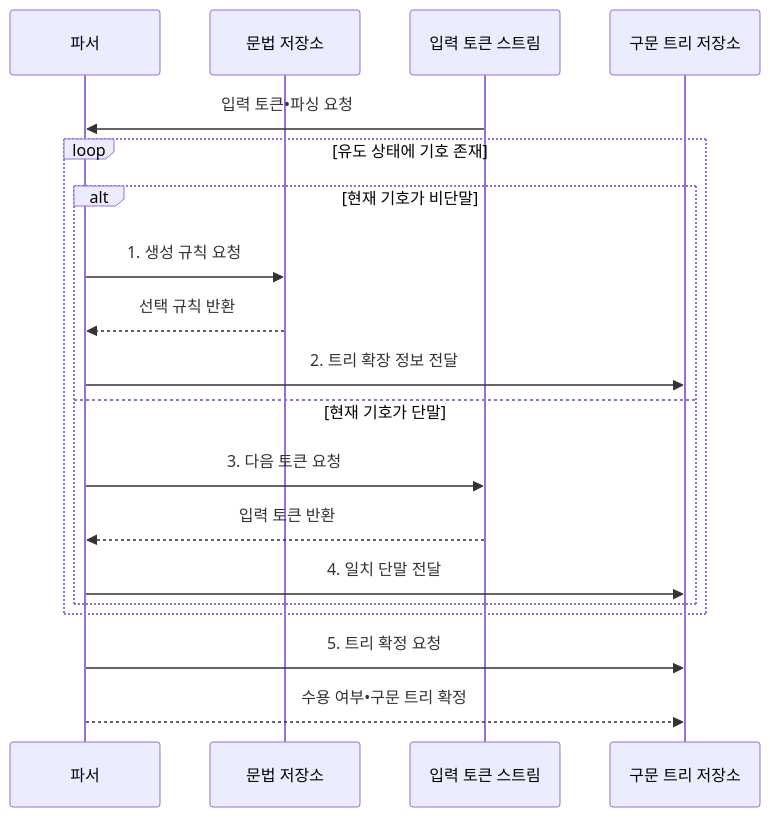
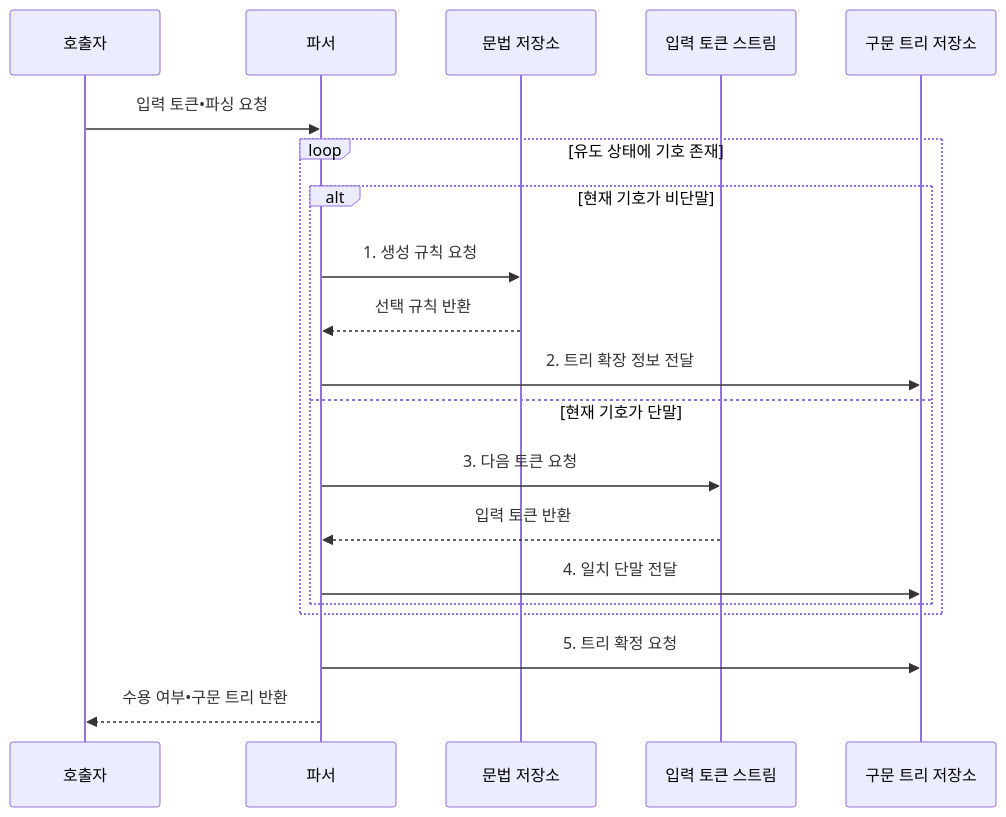
Before and after one commit to agnusdei1207/knowledge-base: the second of 2 diagrams in src/content/docs/notes/01-basic-theory/021_context_free_grammar.md, drawn with Mermaid. The commit also changed other lines of this file and 12 other files, not shown here.

````diff
--- a/src/content/docs/notes/01-basic-theory/021_context_free_grammar.md
+++ b/src/content/docs/notes/01-basic-theory/021_context_free_grammar.md
@@ -101,21 +101,22 @@
 ```mermaid
 sequenceDiagram
+    participant Q as 호출자
     participant P as 파서
     participant G as 문법 저장소
     participant I as 입력 토큰 스트림
     participant T as 구문 트리 저장소
-    I->>P: 입력 토큰•파싱 요청
+    Q->>P: 입력 토큰•파싱 요청
     loop 유도 상태에 기호 존재
         alt 현재 기호가 비단말
             P->>G: 1. 생성 규칙 요청
             G-->>P: 선택 규칙 반환
             P->>T: 2. 트리 확장 정보 전달
         else 현재 기호가 단말
             P->>I: 3. 다음 토큰 요청
             I-->>P: 입력 토큰 반환
             P->>T: 4. 일치 단말 전달
         end
     end
     P->>T: 5. 트리 확정 요청
-    P-->>T: 수용 여부•구문 트리 확정
+    P-->>Q: 수용 여부•구문 트리 반환
 ```
````
